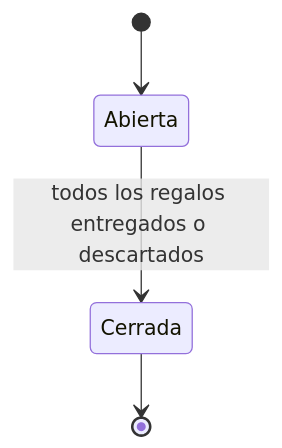
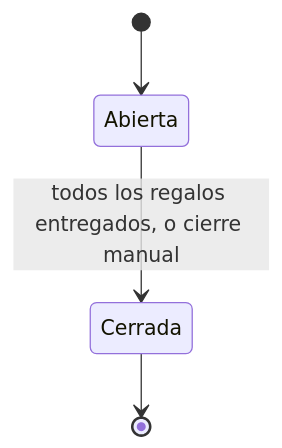
The fourth of 7 diagrams in specs/modelo-datos.md (oscarini-garcia/garciadoral-ops), drawn with Mermaid before and after one commit. The commit also changed other lines of this file and 13 other files, not shown here.

````diff
--- a/specs/modelo-datos.md
+++ b/specs/modelo-datos.md
@@ -223,6 +227,6 @@
 ```mermaid
 stateDiagram-v2
     [*] --> Abierta
-    Abierta --> Cerrada: todos los regalos entregados o descartados
+    Abierta --> Cerrada: todos los regalos entregados, o cierre manual
     Cerrada --> [*]
 ```
````
